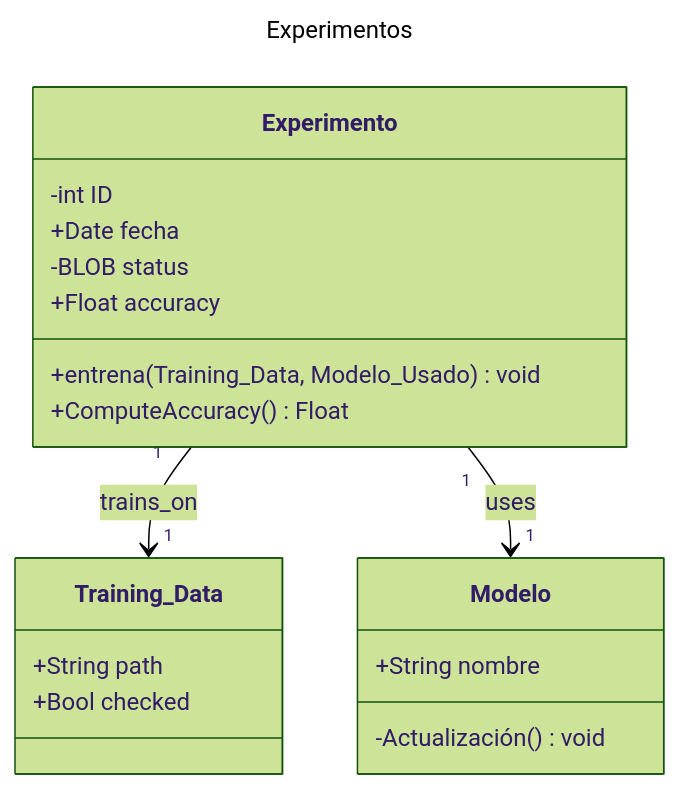
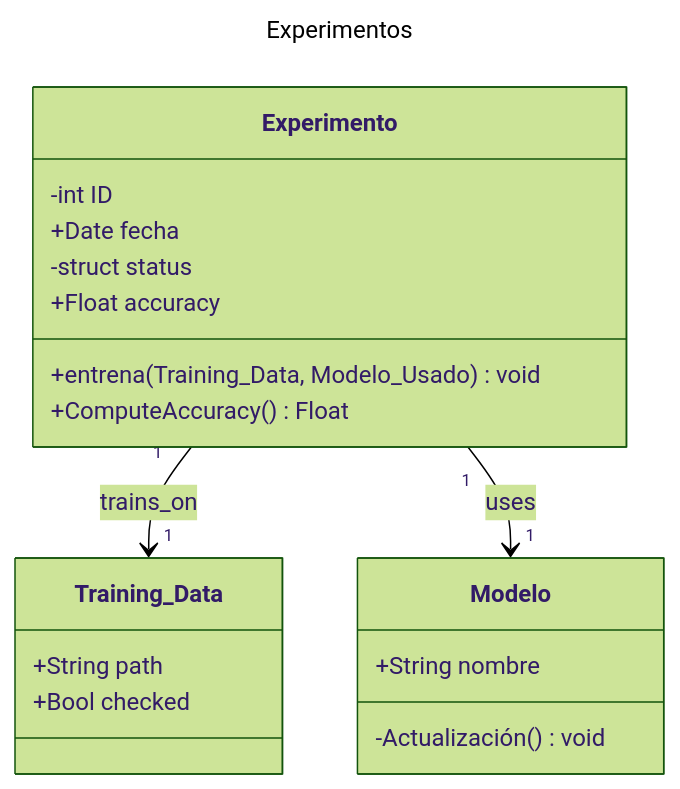
One commit to JulTob/Java changed the diagram in Registro/Descripcion.md. Above: the diagram before and after it, drawn with Mermaid (forest theme).

Commit message:
Refactor status definition in Descripcion.md

`````diff
--- a/Registro/Descripcion.md
+++ b/Registro/Descripcion.md
@@ -15,36 +15,36 @@
 ````mermaid
 ---
 title: Experimentos
 config:
     class:
       hideEmptyMembersBox: true
 ---
 classDiagram
 
 class Experimento{
   -int  ID
   +Date fecha
 
   +entrena(Training_Data, Modelo_Usado) void
-  -BLOB status
+  -struct status
 
   +Float accuracy
   +ComputeAccuracy() Float
 
   }
 
 class Modelo{
     +String nombre
     -Actualización() void
     }
 
 class Training_Data{
   +String path
   +Bool checked
   }
 
 
 Experimento "1" --> "1"  Training_Data : trains_on
 Experimento "1" --> "1"  Modelo : uses
    
 ````
`````
